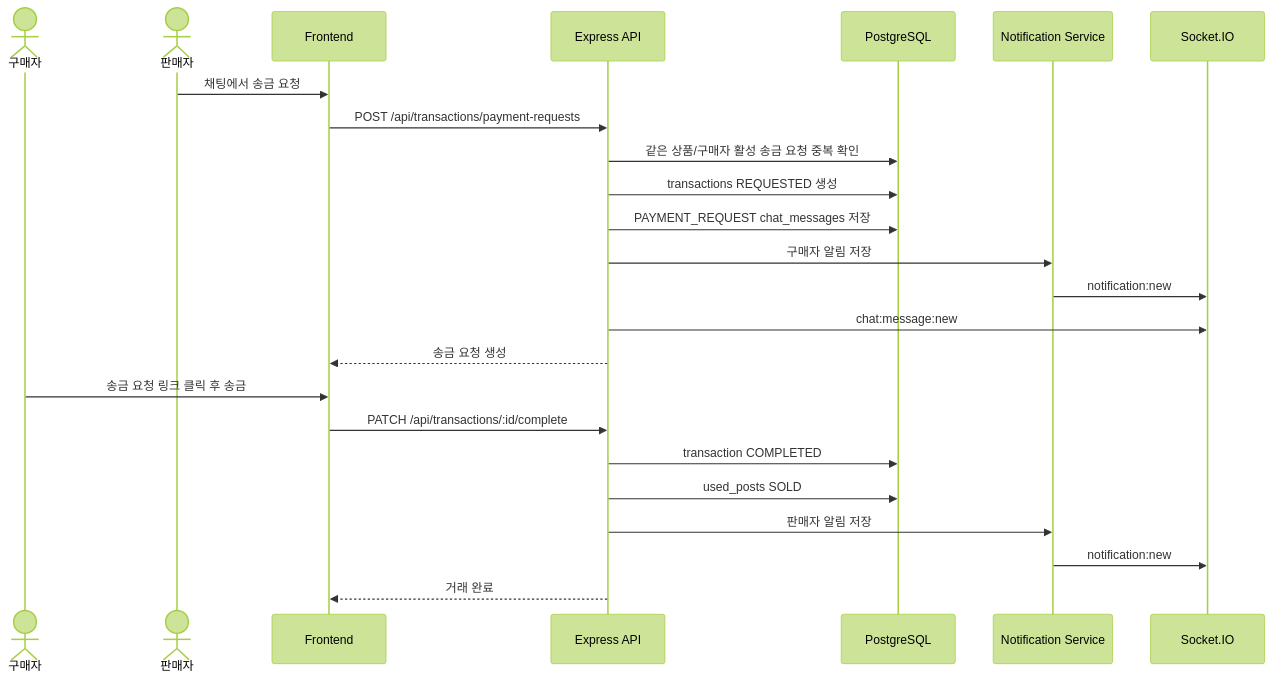
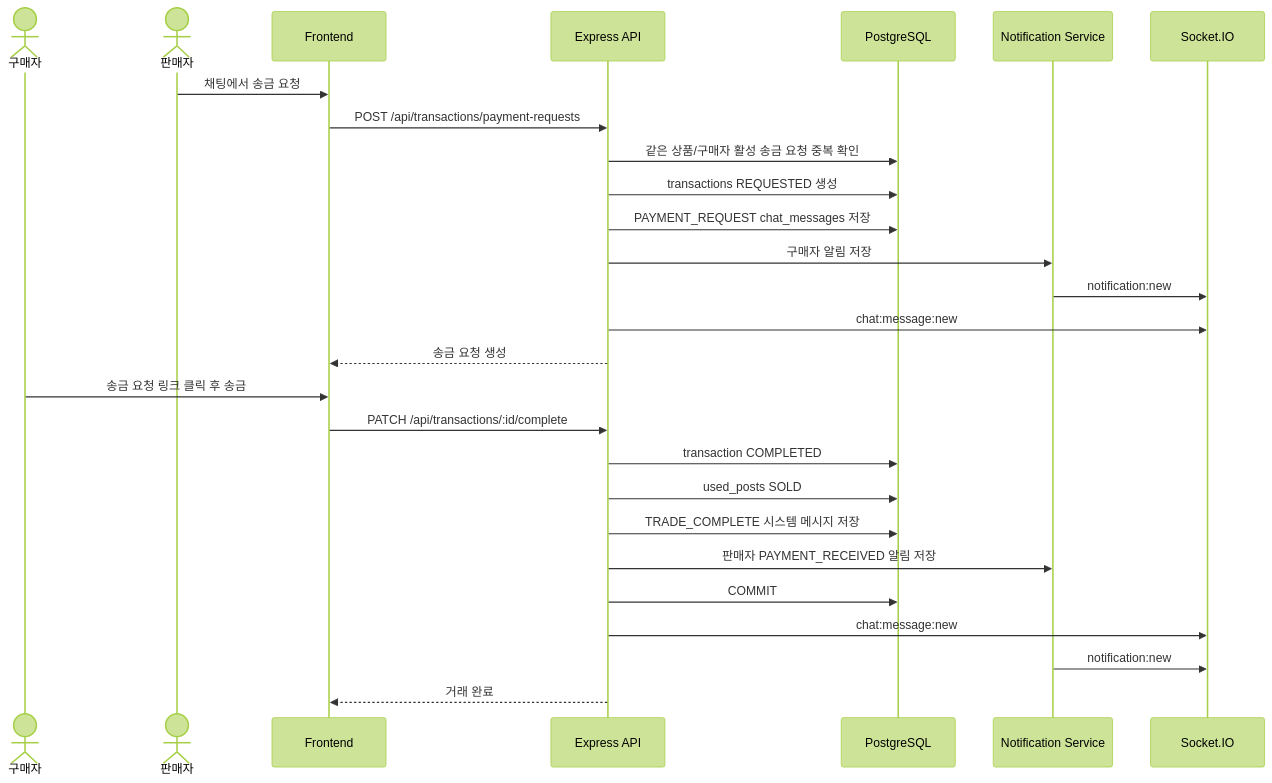
Before and after one commit to hurwan0629/potato-land: the diagram in docs/Potato-Land-Docs/04. 다이어그램/C-02 중고거래 거래완료 시퀀스.md, drawn with Mermaid (forest theme). The commit also changed other lines of this file and 55 other files, not shown here.

Commit message:
docs: align implementation flows and state contracts

````diff
--- a/docs/Potato-Land-Docs/04. 다이어그램/C-02 중고거래 거래완료 시퀀스.md
+++ b/docs/Potato-Land-Docs/04. 다이어그램/C-02 중고거래 거래완료 시퀀스.md
@@ -3,28 +3,31 @@
 ```mermaid
 sequenceDiagram
     actor B as 구매자
     actor S as 판매자
     participant F as Frontend
     participant A as Express API
     participant D as PostgreSQL
     participant N as Notification Service
     participant IO as Socket.IO
 
     S->>F: 채팅에서 송금 요청
     F->>A: POST /api/transactions/payment-requests
     A->>D: 같은 상품/구매자 활성 송금 요청 중복 확인
     A->>D: transactions REQUESTED 생성
     A->>D: PAYMENT_REQUEST chat_messages 저장
     A->>N: 구매자 알림 저장
     N->>IO: notification:new
     A->>IO: chat:message:new
     A-->>F: 송금 요청 생성
 
     B->>F: 송금 요청 링크 클릭 후 송금
     F->>A: PATCH /api/transactions/:id/complete
     A->>D: transaction COMPLETED
     A->>D: used_posts SOLD
-    A->>N: 판매자 알림 저장
+    A->>D: TRADE_COMPLETE 시스템 메시지 저장
+    A->>N: 판매자 PAYMENT_RECEIVED 알림 저장
+    A->>D: COMMIT
+    A->>IO: chat:message:new
     N->>IO: notification:new
     A-->>F: 거래 완료
 ```
````
